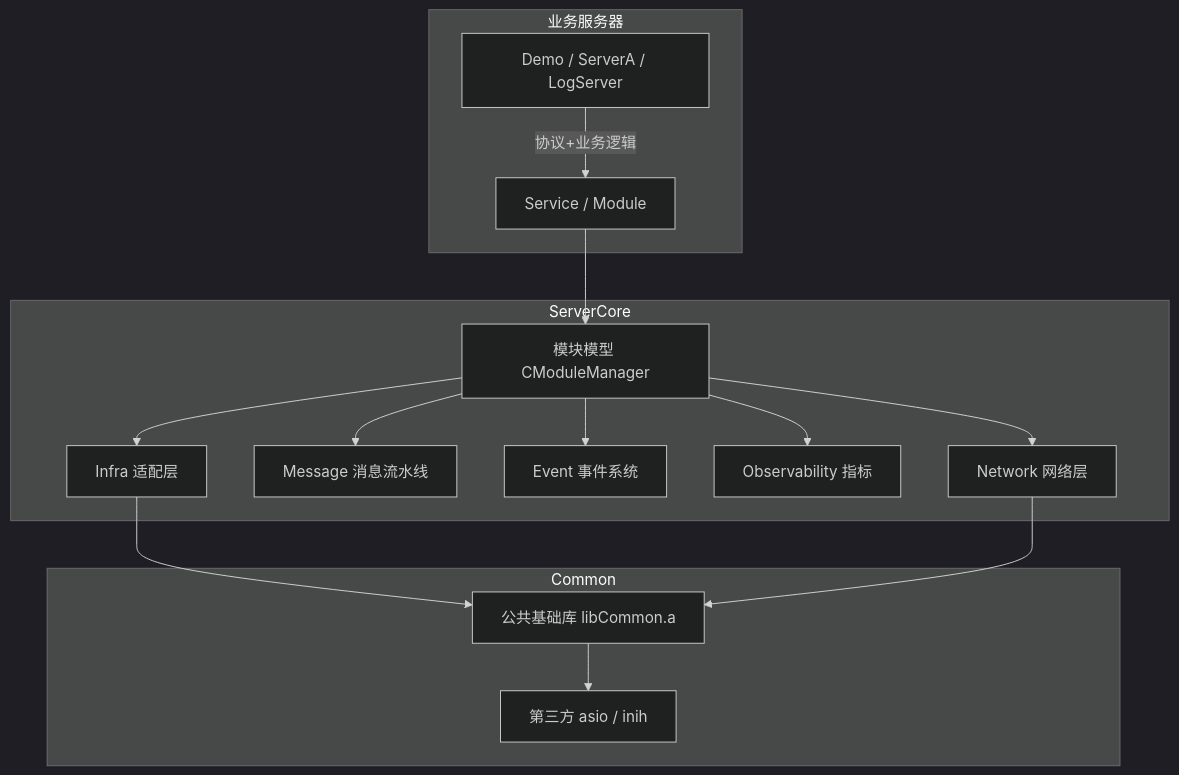
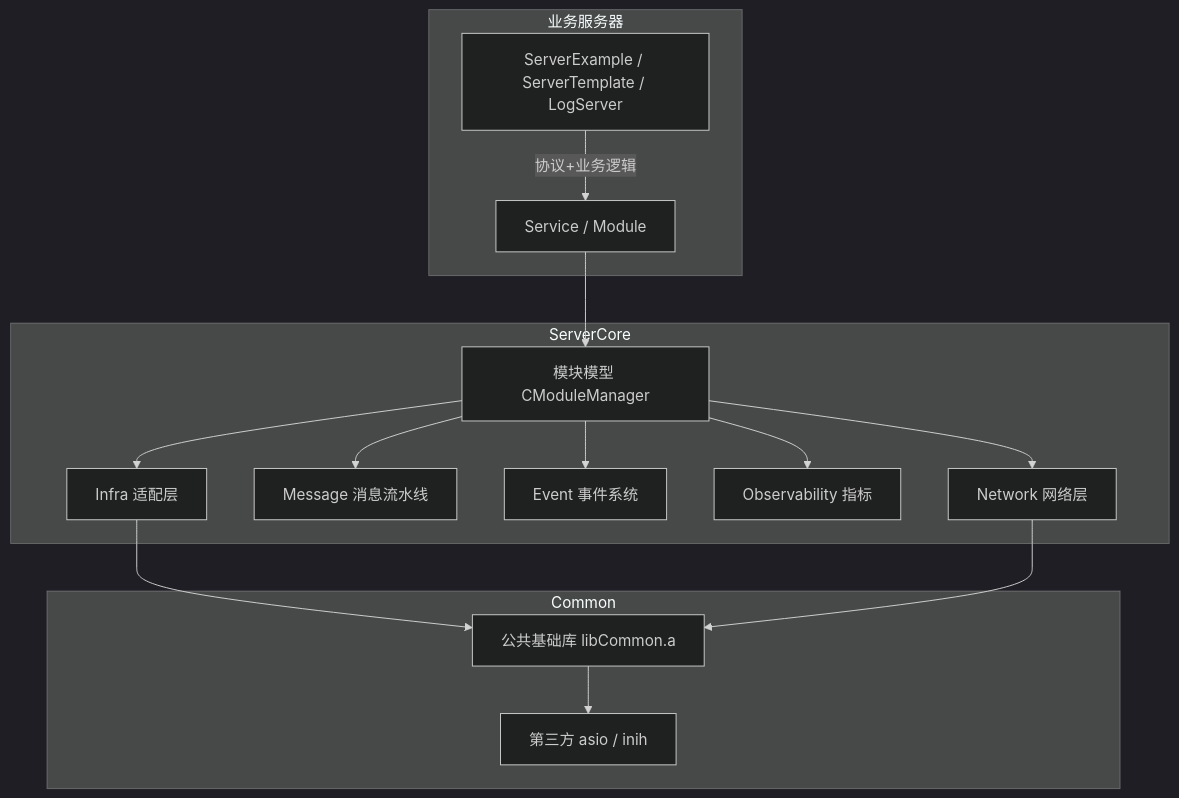
Before and after one commit to MYMarcoreus/COM-Framework: the first of 2 diagrams in docs/architecture.md, drawn with Mermaid (dark theme). The commit also changed other lines of this file and 76 other files, not shown here.

First line of the commit message:
refactor: 重命名 ServerA→ServerTemplate、Demo→ServerExample

````diff
--- a/docs/architecture.md
+++ b/docs/architecture.md
@@ -5,20 +5,20 @@
 ```mermaid
 graph TD
     subgraph 业务服务器
-        B[Demo / ServerA / LogServer]
+        B[ServerExample / ServerTemplate / LogServer]
         B -->|协议+业务逻辑| S[Service / Module]
     end
     subgraph ServerCore
         S --> M[模块模型 CModuleManager]
         M --> N[Network 网络层]
         M --> P[Message 消息流水线]
         M --> E[Event 事件系统]
         M --> O[Observability 指标]
         M --> I[Infra 适配层]
     end
     subgraph Common
         I --> C[公共基础库 libCommon.a]
         N --> C
         C --> T[第三方 asio / inih]
     end
 ```
````
